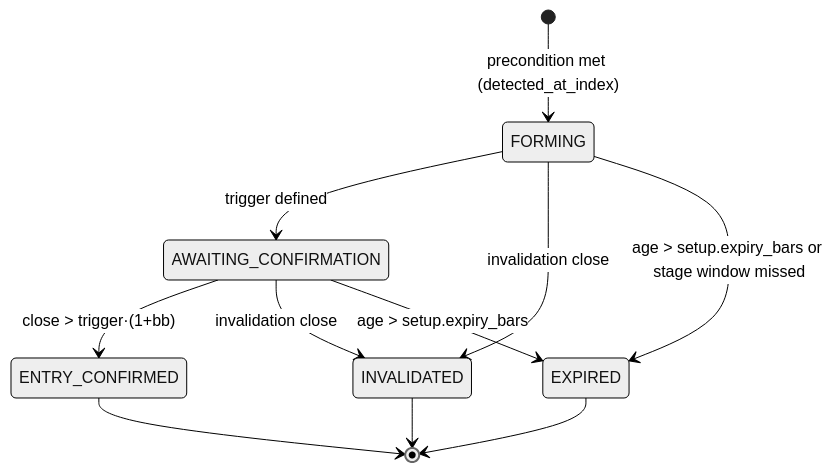
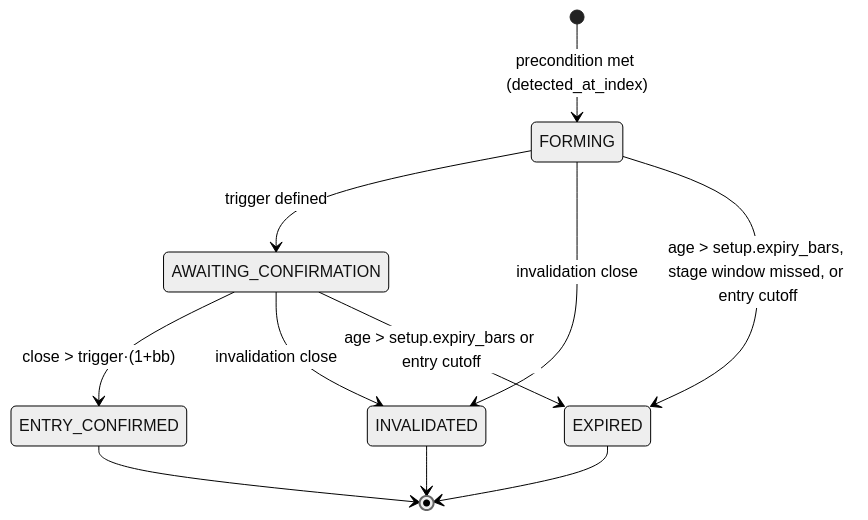
One commit to anirbancodes69/price-action-ai changed the diagram in docs/trading/04_SETUP_DETECTION_RULES.md. Above: the diagram before and after it, drawn with Mermaid (neutral theme). The commit also changed other lines of this file and 109 other files, not shown here.

````diff
--- a/docs/trading/04_SETUP_DETECTION_RULES.md
+++ b/docs/trading/04_SETUP_DETECTION_RULES.md
@@ -18,13 +31,13 @@
 ```mermaid
 stateDiagram-v2
   [*] --> FORMING: precondition met (detected_at_index)
   FORMING --> AWAITING_CONFIRMATION: trigger defined
   AWAITING_CONFIRMATION --> ENTRY_CONFIRMED: close > trigger·(1+bb)
   FORMING --> INVALIDATED: invalidation close
   AWAITING_CONFIRMATION --> INVALIDATED: invalidation close
-  FORMING --> EXPIRED: age > setup.expiry_bars or stage window missed
-  AWAITING_CONFIRMATION --> EXPIRED: age > setup.expiry_bars
+  FORMING --> EXPIRED: age > setup.expiry_bars, stage window missed, or entry cutoff
+  AWAITING_CONFIRMATION --> EXPIRED: age > setup.expiry_bars or entry cutoff
   ENTRY_CONFIRMED --> [*]
   INVALIDATED --> [*]
   EXPIRED --> [*]
 ```
````
